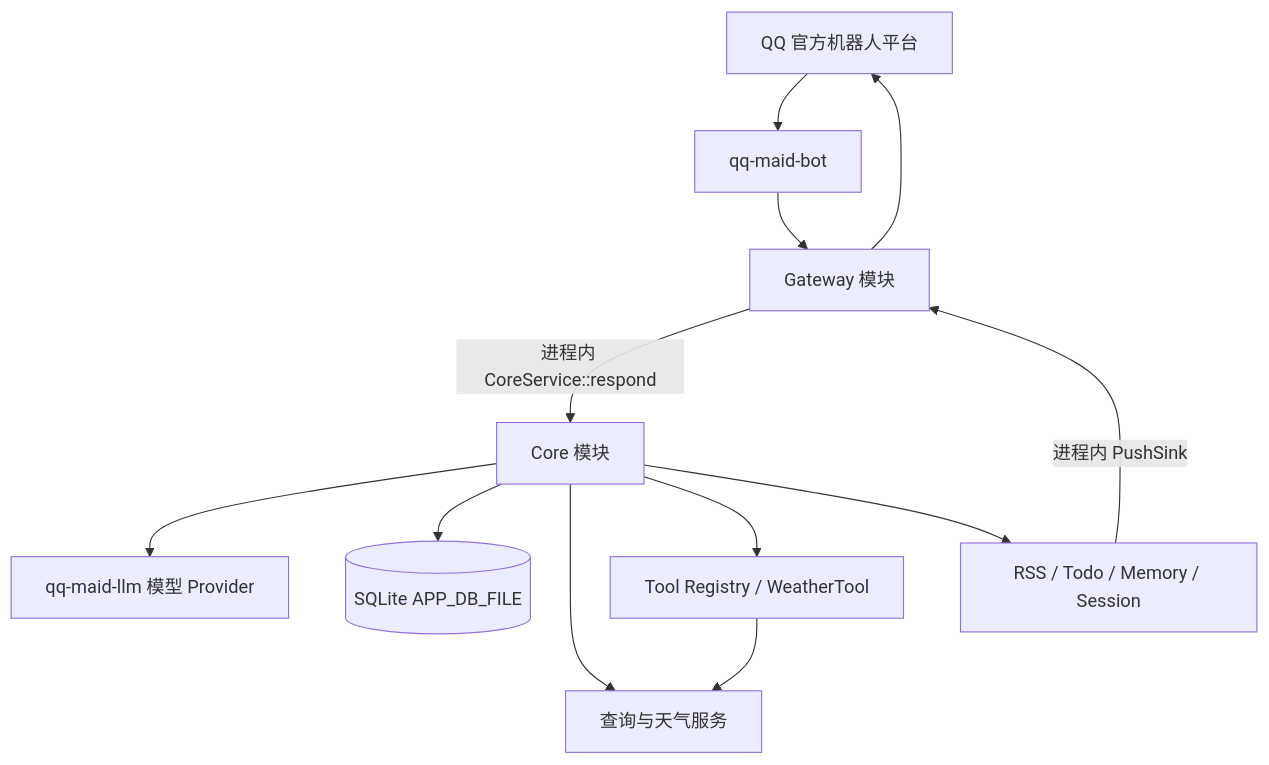
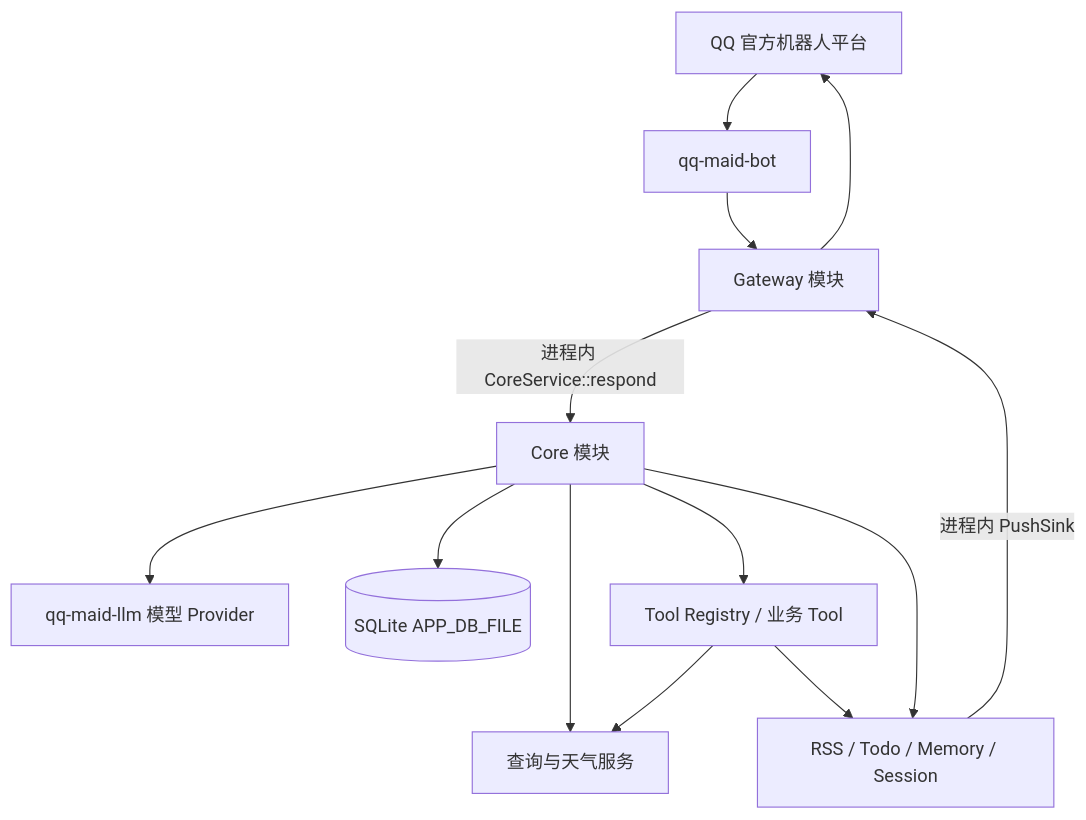
The diagram in README.md (kuliantnt/qq-maid-bot), drawn with Mermaid before and after one commit. The commit also changed other lines of this file and 8 other files, not shown here.

````diff
--- a/README.md
+++ b/README.md
@@ -236,14 +236,15 @@
 ```mermaid
 graph TD
     A[QQ 官方机器人平台] --> B[qq-maid-bot]
     B --> C[Gateway 模块]
     C -->|进程内 CoreService::respond| D[Core 模块]
     D --> E[qq-maid-llm 模型 Provider]
     D --> F[(SQLite APP_DB_FILE)]
     D --> G[查询与天气服务]
-    D --> I[Tool Registry / WeatherTool]
+    D --> I[Tool Registry / 业务 Tool]
     I --> G
+    I --> H
     D --> H[RSS / Todo / Memory / Session]
     H -->|进程内 PushSink| C
     C --> A
 ```
````
